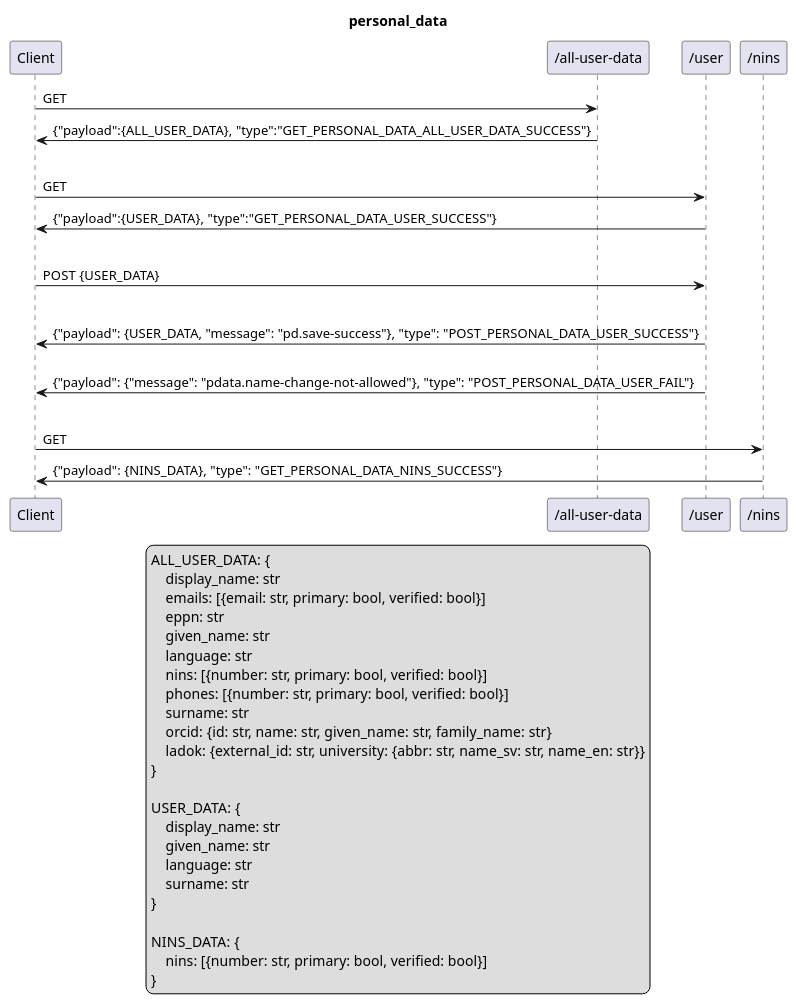
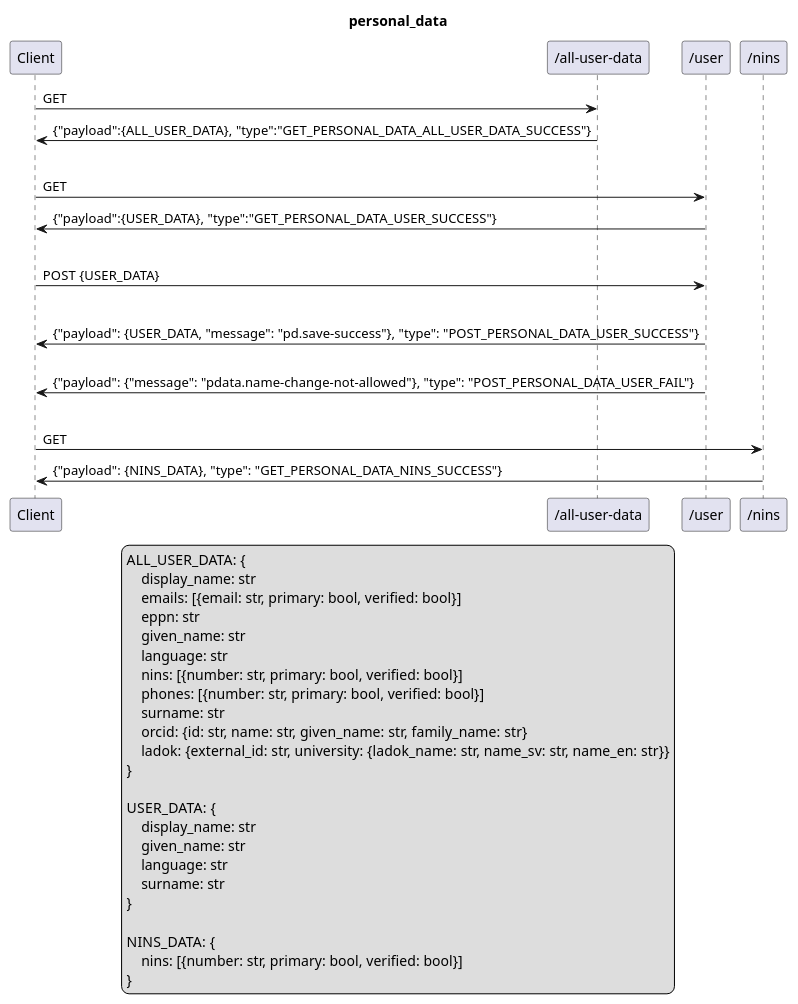
One commit to SUNET/eduid-backend changed the diagram in doc/personal_data.puml. Above: the diagram before and after it, drawn with PlantUML. The commit also changed 5 other files, not shown here.

```diff
--- a/doc/personal_data.puml
+++ b/doc/personal_data.puml
@@ -1,44 +1,44 @@
 @startuml
 title personal_data
 
 legend
     ALL_USER_DATA: {
         display_name: str
         emails: [{email: str, primary: bool, verified: bool}]
         eppn: str
         given_name: str
         language: str
         nins: [{number: str, primary: bool, verified: bool}]
         phones: [{number: str, primary: bool, verified: bool}]
         surname: str
         orcid: {id: str, name: str, given_name: str, family_name: str}
-        ladok: {external_id: str, university: {abbr: str, name_sv: str, name_en: str}}
+        ladok: {external_id: str, university: {ladok_name: str, name_sv: str, name_en: str}}
     }
 
     USER_DATA: {
         display_name: str
         given_name: str
         language: str
         surname: str
     }
 
     NINS_DATA: {
         nins: [{number: str, primary: bool, verified: bool}]
     }
 end legend
 
 Client->"/all-user-data": GET
 "/all-user-data"->Client: {"payload":{ALL_USER_DATA}, "type":"GET_PERSONAL_DATA_ALL_USER_DATA_SUCCESS"}
 |||
 Client->"/user": GET
 "/user"->Client: {"payload":{USER_DATA}, "type":"GET_PERSONAL_DATA_USER_SUCCESS"}
 |||
 Client->"/user": POST {USER_DATA}
 alt user data updated successfully
     "/user"->Client: {"payload": {USER_DATA, "message": "pd.save-success"}, "type": "POST_PERSONAL_DATA_USER_SUCCESS"}
 else user is verified and tries to set given_name or surname
     "/user"->Client: {"payload": {"message": "pdata.name-change-not-allowed"}, "type": "POST_PERSONAL_DATA_USER_FAIL"}
 |||
 Client->"/nins": GET
 "/nins"->Client: {"payload": {NINS_DATA}, "type": "GET_PERSONAL_DATA_NINS_SUCCESS"}
 @enduml
```
